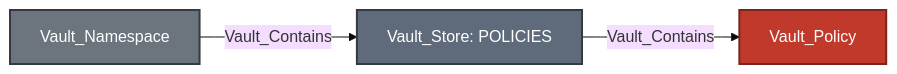
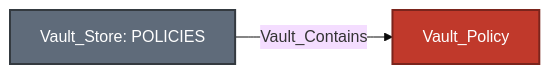
Before and after one commit to bytewreck/opengraph-vault: the first of 6 diagrams in Documentation/stores/POLICIES.md, drawn with Mermaid (base theme). The commit also changed other lines of this file and 1 other file, not shown here.

````diff
--- a/Documentation/stores/POLICIES.md
+++ b/Documentation/stores/POLICIES.md
@@ -23,9 +23,7 @@
 ```mermaid
 flowchart LR
-    namespace[Vault_Namespace]:::namespaceNode -->|Vault_Contains| store["Vault_Store: POLICIES"]:::storeNode
-    store -->|Vault_Contains| policy[Vault_Policy]:::policyNode
+    store["Vault_Store: POLICIES"]:::storeNode -->|Vault_Contains| policy[Vault_Policy]:::policyNode
 
-    classDef namespaceNode fill:#6C757D,color:#fff,stroke:#343A40,stroke-width:2px
     classDef storeNode fill:#5F6B7A,color:#fff,stroke:#343A40,stroke-width:2px
     classDef policyNode fill:#C0392B,color:#fff,stroke:#7B241C,stroke-width:2px
 ```
````
